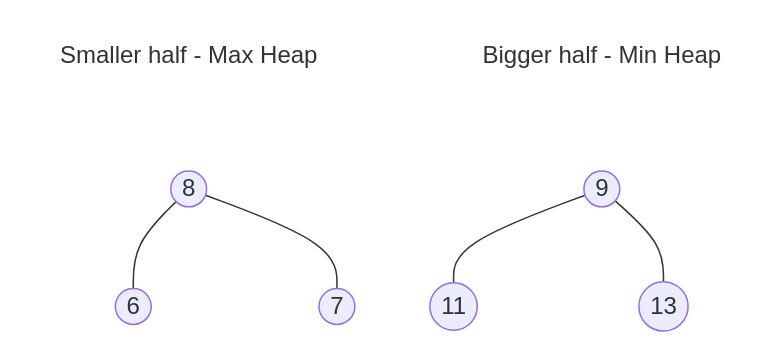
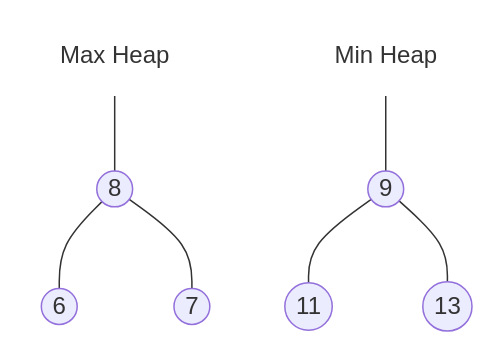
Before and after one commit to kanhar/leetcode: the diagram in problems/Arrays/Heap.md, drawn with Mermaid. The commit also changed other lines of this file, not shown here.

````diff
--- a/problems/Arrays/Heap.md
+++ b/problems/Arrays/Heap.md
@@ -51,19 +12,11 @@
-```mermaid
+<div class="mermaid" markdown="0">
 graph TD
-    %% Left Heap (Max Heap)
     8((8)) --- 6((6))
     8 --- 7((7))
-
-    %% Right Heap (Min Heap)
     9((9)) --- 11((11))
     9 --- 13((13))
-
-    %% Labels (Optional, using a simple node style)
-    L[Smaller half - Max Heap] --- 8
-    R[Bigger half - Min Heap] --- 9
-
-    %% Styling to make it look clean
+    L[Max Heap] --- 8
+    R[Min Heap] --- 9
     style L fill:none,stroke:none
     style R fill:none,stroke:none
-    linkStyle 4,5 stroke-width:0px
-```
+</div>
````
